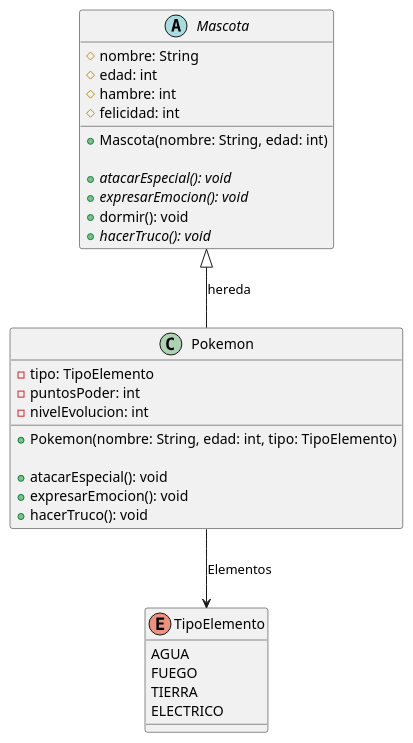
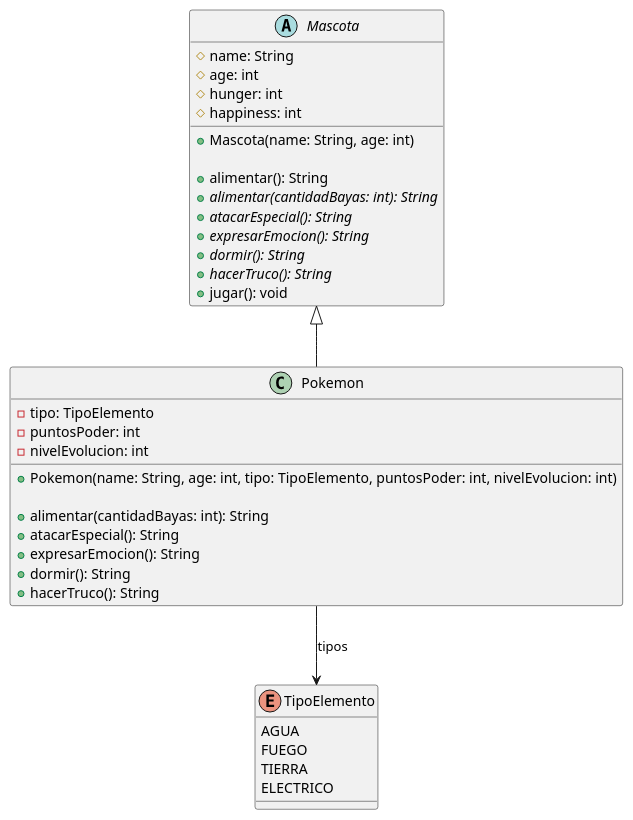
The diagram in VirtualPet.puml (Asshess/poo-lab), drawn with PlantUML before and after one commit. The commit also changed 9 other files, not shown here.

```diff
--- a/VirtualPet.puml
+++ b/VirtualPet.puml
@@ -1,46 +1,49 @@
 @startuml VirtualPet
 
-abstract class Mascota{
-    ' -- Atributos
-    # nombre: String
-    # edad: int 
-    # hambre: int
-    # felicidad: int
-    
+abstract class Mascota {
+    # name: String
+    # age: int
+    # hunger: int
+    # happiness: int
+
     ' -- Constructor
-    + Mascota(nombre: String, edad: int)
+    + Mascota(name: String, age: int)
 
     ' -- Metodos
-    + {abstract} atacarEspecial(): void
-    + {abstract} expresarEmocion(): void
-    + dormir(): void
-    + {abstract} hacerTruco(): void
+    + alimentar(): String
+    + {abstract} alimentar(cantidadBayas: int): String
+    + {abstract} atacarEspecial(): String
+    + {abstract} expresarEmocion(): String
+    + {abstract} dormir(): String
+    + {abstract} hacerTruco(): String
+    + jugar(): void
+}
+
+class Pokemon {
+    - tipo: TipoElemento
+    - puntosPoder: int
+    - nivelEvolucion: int
+
+    ' -- Constructor
+    + Pokemon(name: String, age: int, tipo: TipoElemento, puntosPoder: int, nivelEvolucion: int)
+    
+    ' -- Metodos
+    + alimentar(cantidadBayas: int): String
+    + atacarEspecial(): String
+    + expresarEmocion(): String
+    + dormir(): String
+    + hacerTruco(): String
 }
 
 enum TipoElemento {
     AGUA
     FUEGO
     TIERRA
     ELECTRICO
 }
 
-class Pokemon{
-    ' -- Atributos especiales
-    - tipo: TipoElemento
-    - puntosPoder: int
-    - nivelEvolucion: int
-
-    ' -- Constructor
-    + Pokemon(nombre: String, edad: int, tipo: TipoElemento)
-
-    ' -- Metodos
-    + atacarEspecial(): void
-    + expresarEmocion(): void
-    + hacerTruco(): void
-}
-
 ' -- Asociaciones
-Mascota <|-- Pokemon : hereda
-Pokemon --> TipoElemento : Elementos
+Mascota <|-- Pokemon
+Pokemon --> TipoElemento : tipos
 
 @enduml
```
